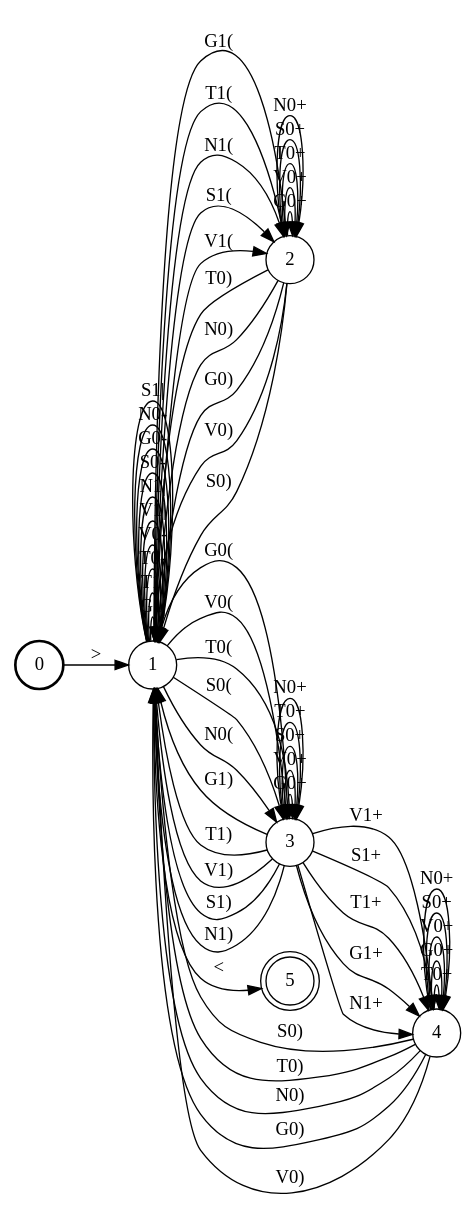
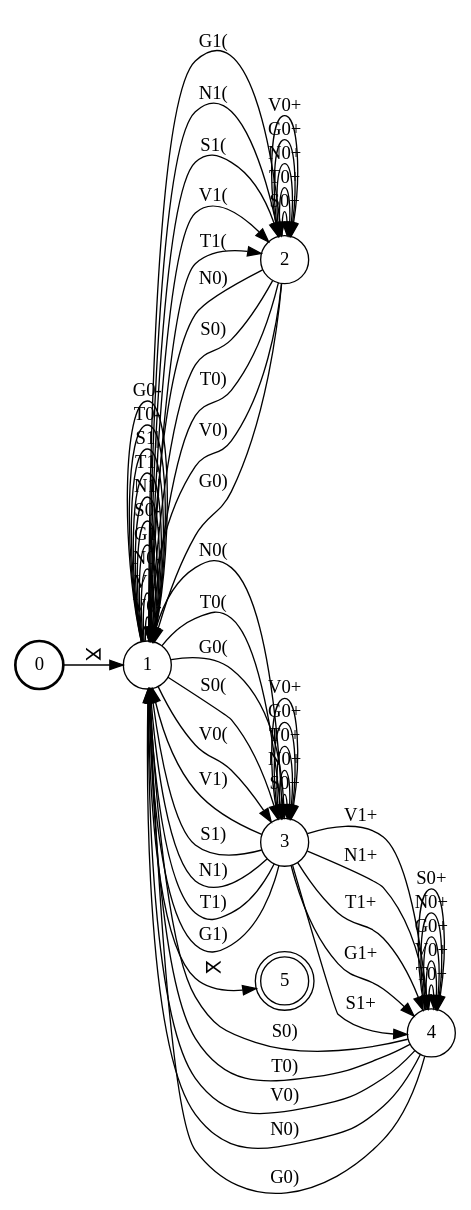
Before and after one commit to colincwilson/statgram: the diagram in demo/nasal_spreading/Span_nasal.dot, drawn with Graphviz. The commit also changed 11 other files, not shown here.

```diff
--- a/demo/nasal_spreading/Span_nasal.dot
+++ b/demo/nasal_spreading/Span_nasal.dot
@@ -1,66 +1,66 @@
 digraph G {
 rankdir=LR;
 0 [style=bold, shape=circle, label="0"]
 1 [style=solid, shape=circle, label="1"]
 2 [style=solid, shape=circle, label="2"]
 3 [style=solid, shape=circle, label="3"]
 4 [style=solid, shape=circle, label="4"]
 5 [style=solid, shape=doublecircle, label="5"]
+3 -> 3 [style=solid, label="S0+"]
+2 -> 1 [style=solid, label="N0)"]
+2 -> 2 [style=solid, label="S0+"]
+4 -> 4 [style=solid, label="T0+"]
+3 -> 3 [style=solid, label="N0+"]
 4 -> 1 [style=solid, label="S0)"]
+3 -> 3 [style=solid, label="T0+"]
+2 -> 1 [style=solid, label="S0)"]
+1 -> 3 [style=solid, label="N0("]
+2 -> 2 [style=solid, label="T0+"]
+2 -> 1 [style=solid, label="T0)"]
+1 -> 3 [style=solid, label="T0("]
+3 -> 1 [style=solid, label="V1)"]
+1 -> 1 [style=solid, label="V0-"]
+1 -> 1 [style=solid, label="V1|"]
+3 -> 1 [style=solid, label="S1)"]
+3 -> 4 [style=solid, label="V1+"]
+1 -> 1 [style=solid, label="N0-"]
+2 -> 2 [style=solid, label="N0+"]
+1 -> 1 [style=solid, label="G1|"]
+3 -> 4 [style=solid, label="N1+"]
+4 -> 1 [style=solid, label="T0)"]
+1 -> 3 [style=solid, label="G0("]
+3 -> 4 [style=solid, label="T1+"]
+1 -> 3 [style=solid, label="S0("]
 1 -> 2 [style=solid, label="G1("]
-4 -> 4 [style=solid, label="T0+"]
-1 -> 1 [style=solid, label="G1|"]
+1 -> 2 [style=solid, label="N1("]
+3 -> 1 [style=solid, label="N1)"]
+4 -> 1 [style=solid, label="V0)"]
+4 -> 4 [style=solid, label="V0+"]
+2 -> 1 [style=solid, label="V0)"]
 2 -> 2 [style=solid, label="G0+"]
-1 -> 3 [style=solid, label="G0("]
+4 -> 1 [style=solid, label="N0)"]
+3 -> 1 [style=solid, label="T1)"]
+1 -> 3 [style=solid, label="V0("]
+1 -> 1 [style=solid, label="S0-"]
+1 -> 1 [style=solid, label="N1|"]
+4 -> 4 [style=solid, label="G0+"]
+4 -> 1 [style=solid, label="G0)"]
 3 -> 3 [style=solid, label="G0+"]
+2 -> 1 [style=solid, label="G0)"]
 1 -> 1 [style=solid, label="T1|"]
-4 -> 4 [style=solid, label="G0+"]
+1 -> 2 [style=solid, label="S1("]
+3 -> 3 [style=solid, label="V0+"]
+1 -> 5 [style=solid, label="⋉"]
+1 -> 1 [style=solid, label="S1|"]
+3 -> 4 [style=solid, label="G1+"]
+0 -> 1 [style=solid, label="⋊"]
+1 -> 2 [style=solid, label="V1("]
+4 -> 4 [style=solid, label="N0+"]
+3 -> 4 [style=solid, label="S1+"]
+1 -> 1 [style=solid, label="T0-"]
 1 -> 2 [style=solid, label="T1("]
-2 -> 1 [style=solid, label="T0)"]
-2 -> 1 [style=solid, label="N0)"]
-4 -> 1 [style=solid, label="T0)"]
-4 -> 1 [style=solid, label="N0)"]
-3 -> 4 [style=solid, label="V1+"]
-1 -> 2 [style=solid, label="N1("]
-1 -> 1 [style=solid, label="T0-"]
 3 -> 1 [style=solid, label="G1)"]
-3 -> 4 [style=solid, label="S1+"]
-1 -> 5 [style=solid, label="<"]
+1 -> 1 [style=solid, label="G0-"]
 2 -> 2 [style=solid, label="V0+"]
-0 -> 1 [style=solid, label=">"]
-3 -> 3 [style=solid, label="V0+"]
-1 -> 1 [style=solid, label="V0-"]
-4 -> 4 [style=solid, label="V0+"]
-2 -> 2 [style=solid, label="T0+"]
-3 -> 1 [style=solid, label="T1)"]
-1 -> 2 [style=solid, label="S1("]
-3 -> 3 [style=solid, label="S0+"]
-1 -> 3 [style=solid, label="V0("]
-3 -> 1 [style=solid, label="V1)"]
-3 -> 1 [style=solid, label="S1)"]
 4 -> 4 [style=solid, label="S0+"]
-3 -> 1 [style=solid, label="N1)"]
-1 -> 2 [style=solid, label="V1("]
-1 -> 1 [style=solid, label="V1|"]
-3 -> 3 [style=solid, label="T0+"]
-2 -> 2 [style=solid, label="S0+"]
-1 -> 1 [style=solid, label="N1|"]
-3 -> 4 [style=solid, label="T1+"]
-2 -> 1 [style=solid, label="G0)"]
-3 -> 4 [style=solid, label="G1+"]
-4 -> 1 [style=solid, label="G0)"]
-1 -> 1 [style=solid, label="S0-"]
-1 -> 3 [style=solid, label="T0("]
-1 -> 3 [style=solid, label="S0("]
-1 -> 3 [style=solid, label="N0("]
-2 -> 2 [style=solid, label="N0+"]
-3 -> 4 [style=solid, label="N1+"]
-3 -> 3 [style=solid, label="N0+"]
-1 -> 1 [style=solid, label="G0-"]
-4 -> 4 [style=solid, label="N0+"]
-1 -> 1 [style=solid, label="N0-"]
-2 -> 1 [style=solid, label="V0)"]
-1 -> 1 [style=solid, label="S1|"]
-4 -> 1 [style=solid, label="V0)"]
-2 -> 1 [style=solid, label="S0)"]
 }
```
